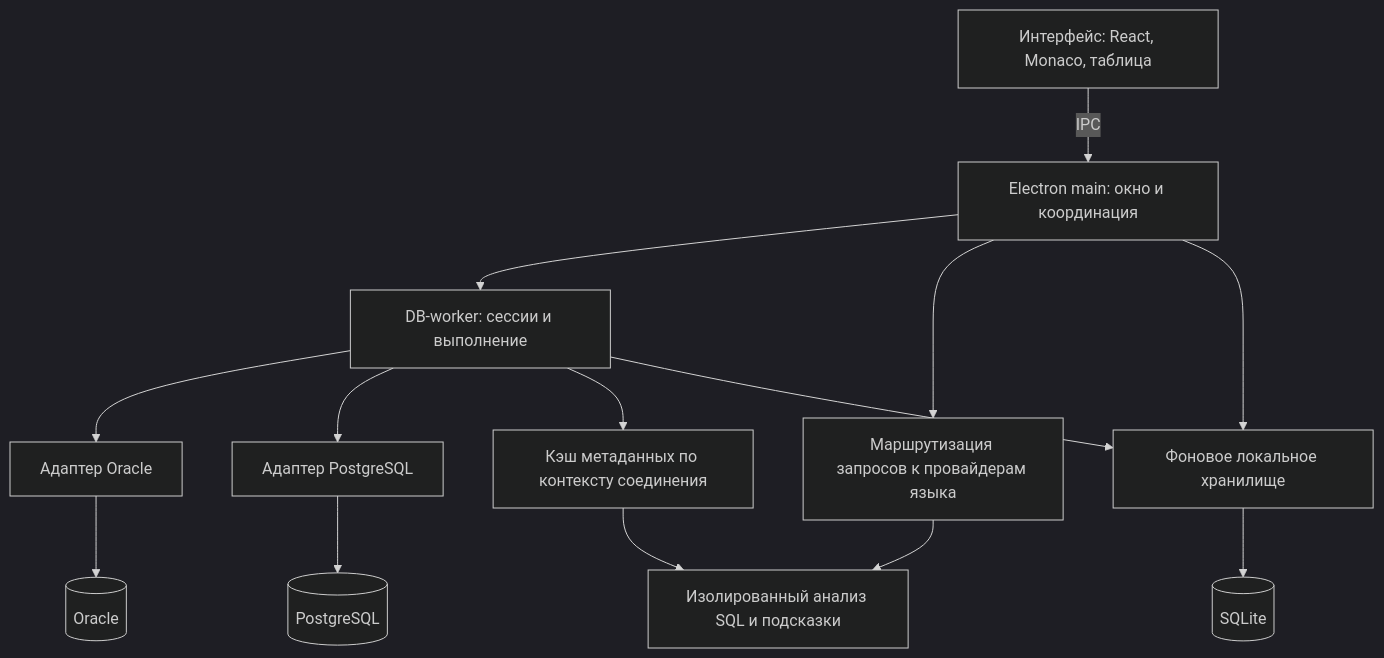
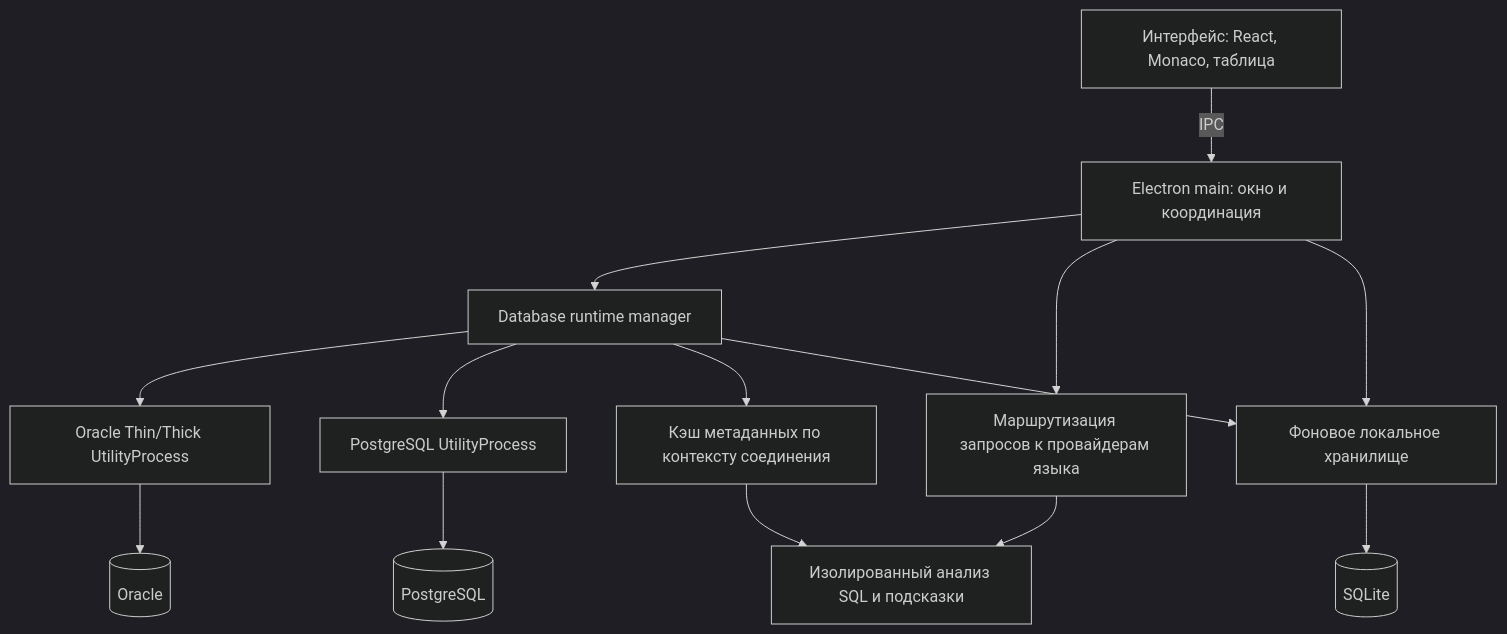
Before and after one commit to akron2/SQLExplorer: the diagram in docs/architecture.md, drawn with Mermaid (dark theme). The commit also changed other lines of this file and 48 other files, not shown here.

````diff
--- a/docs/architecture.md
+++ b/docs/architecture.md
@@ -74,16 +74,16 @@
 ```mermaid
 flowchart TD
     UI["Интерфейс: React, Monaco, таблица"] -->|"IPC"| Main["Electron main: окно и координация"]
-    Main --> DB["DB-worker: сессии и выполнение"]
-    DB --> OA["Адаптер Oracle"]
-    DB --> PA["Адаптер PostgreSQL"]
+    Main --> DB["Database runtime manager"]
+    DB --> OA["Oracle Thin/Thick UtilityProcess"]
+    DB --> PA["PostgreSQL UtilityProcess"]
     OA --> Oracle[(Oracle)]
     PA --> Postgres[(PostgreSQL)]
     Main --> Language["Маршрутизация запросов к провайдерам языка"]
     Language --> Provider["Изолированный анализ SQL и подсказки"]
     DB --> Metadata["Кэш метаданных по контексту соединения"]
     Metadata --> Provider
     Main --> Storage["Фоновое локальное хранилище"]
     DB --> Storage
     Storage --> SQLite[(SQLite)]
 ```
````
